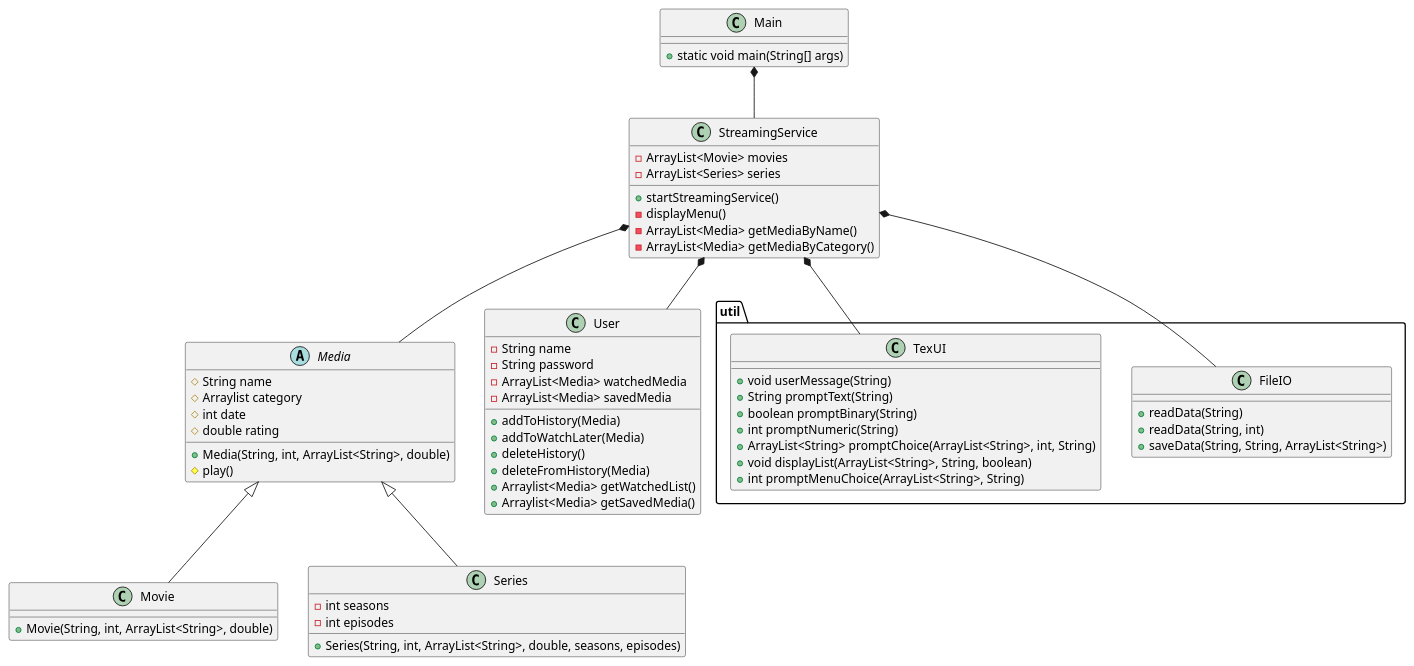
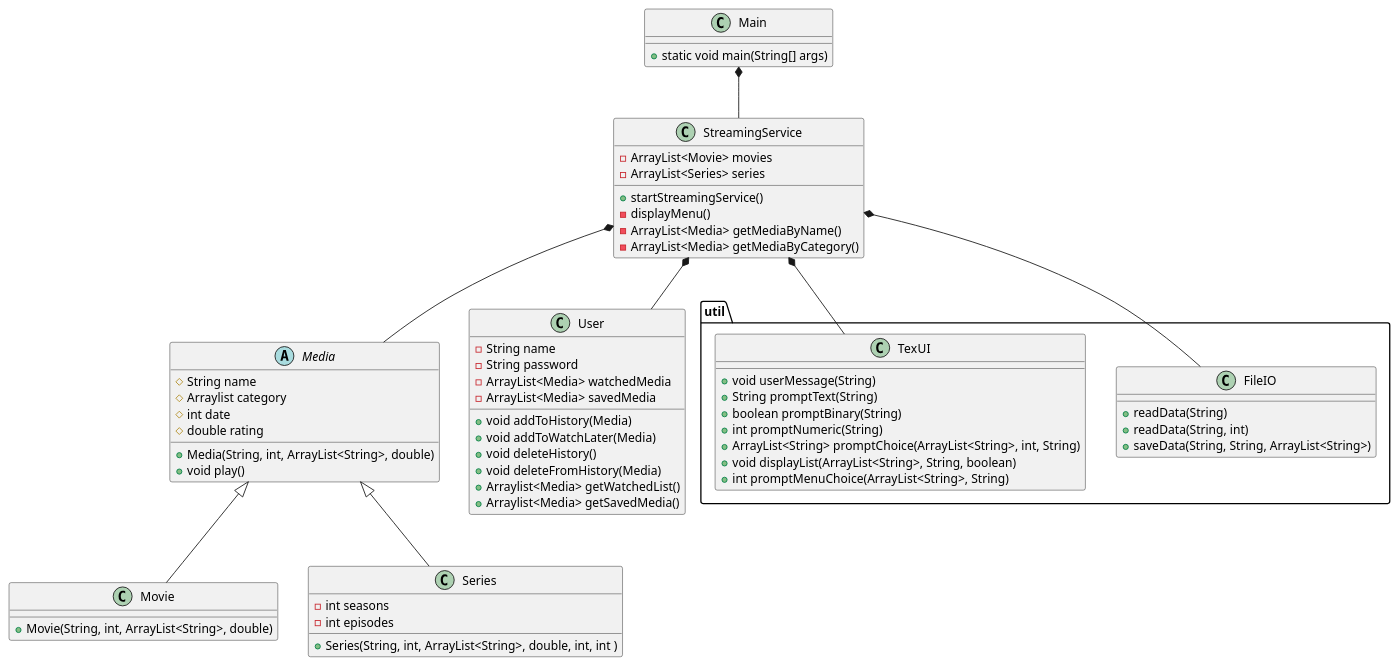
Before and after one commit to Studiegruppe-B/SP3-Streamingtjeneste: the diagram in doc/static/classDiagram.puml, drawn with PlantUML.

Commit message:
Fixed missing return types in class diagram.

```diff
--- a/doc/static/classDiagram.puml
+++ b/doc/static/classDiagram.puml
@@ -1,77 +1,78 @@
 @startuml
 class Main{
 + static void main(String[] args)
 
 }
 
 class StreamingService{
 - ArrayList<Movie> movies
 - ArrayList<Series> series
 + startStreamingService()
 - displayMenu()
 - ArrayList<Media> getMediaByName()
 - ArrayList<Media> getMediaByCategory()
 }
 
 
 
 
 abstract class Media{
 # String name
 # Arraylist category
 # int date
 # double rating
 + Media(String, int, ArrayList<String>, double)
-# play()
++ void play()
+
 }
 
 class Movie{
 + Movie(String, int, ArrayList<String>, double)
 }
 
 class Series{
-+ Series(String, int, ArrayList<String>, double, seasons, episodes)
++ Series(String, int, ArrayList<String>, double, int, int )
 - int seasons
 - int episodes
 }
 
 class User{
 - String name
 - String password
 - ArrayList<Media> watchedMedia
 - ArrayList<Media> savedMedia
-+ addToHistory(Media)
-+ addToWatchLater(Media)
-+ deleteHistory()
-+ deleteFromHistory(Media)
++ void addToHistory(Media)
++ void addToWatchLater(Media)
++ void deleteHistory()
++ void deleteFromHistory(Media)
 + Arraylist<Media> getWatchedList()
 + Arraylist<Media> getSavedMedia()
 }
 
 package "util"{
 static class FileIO{
 + readData(String)
 + readData(String, int)
 + saveData(String, String, ArrayList<String>)
 }
 
 static class TexUI{
 + void userMessage(String)
 + String promptText(String)
 + boolean promptBinary(String)
 + int promptNumeric(String)
 + ArrayList<String> promptChoice(ArrayList<String>, int, String)
 + void displayList(ArrayList<String>, String, boolean)
 + int promptMenuChoice(ArrayList<String>, String)
 
 }
 }
 
 Main *-- StreamingService
 StreamingService *-- Media
 StreamingService *-- FileIO
 StreamingService *-- TexUI
 StreamingService *-- User
 Media <|-- Movie
 Media <|-- Series
 @enduml
```
